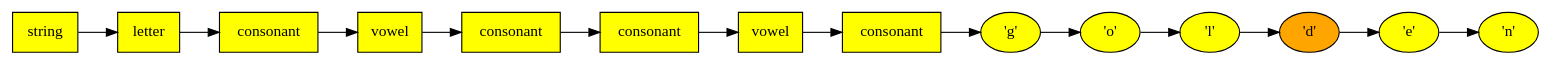
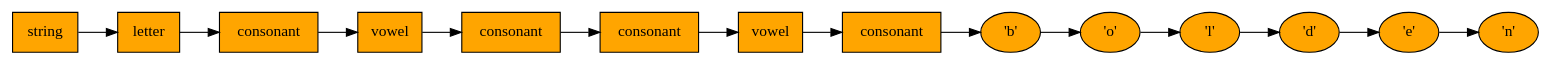
Before and after one commit to svarin92/evoGo: the diagram in best_ever.dot, drawn with Graphviz.

```diff
--- a/best_ever.dot
+++ b/best_ever.dot
@@ -1,30 +1,30 @@
 digraph Derivation {
                 rankdir=LR;
-                node [shape=box, style=filled, fillcolor=lightblue];  1 [label="string", shape=box, style=filled, fillcolor=lightblue, fillcolor=yellow];
-  2 [label="letter", shape=box, style=filled, fillcolor=lightblue, fillcolor=yellow];
-  3 [label="consonant", shape=box, style=filled, fillcolor=lightblue, fillcolor=yellow];
-  4 [label="vowel", shape=box, style=filled, fillcolor=lightblue, fillcolor=yellow];
-  5 [label="consonant", shape=box, style=filled, fillcolor=lightblue, fillcolor=yellow];
-  6 [label="consonant", shape=box, style=filled, fillcolor=lightblue, fillcolor=yellow];
-  7 [label="vowel", shape=box, style=filled, fillcolor=lightblue, fillcolor=yellow];
-  8 [label="consonant", shape=box, style=filled, fillcolor=lightblue, fillcolor=yellow];
-  9 [label="'g'", shape=ellipse, style=filled, fillcolor=lightgreen, fillcolor=yellow];
-  10 [label="'o'", shape=ellipse, style=filled, fillcolor=lightgreen, fillcolor=yellow];
-  11 [label="'l'", shape=ellipse, style=filled, fillcolor=lightgreen, fillcolor=yellow];
+                node [shape=box, style=filled, fillcolor=lightblue];  1 [label="string", shape=box, style=filled, fillcolor=lightblue, fillcolor=orange];
+  2 [label="letter", shape=box, style=filled, fillcolor=lightblue, fillcolor=orange];
+  3 [label="consonant", shape=box, style=filled, fillcolor=lightblue, fillcolor=orange];
+  4 [label="vowel", shape=box, style=filled, fillcolor=lightblue, fillcolor=orange];
+  5 [label="consonant", shape=box, style=filled, fillcolor=lightblue, fillcolor=orange];
+  6 [label="consonant", shape=box, style=filled, fillcolor=lightblue, fillcolor=orange];
+  7 [label="vowel", shape=box, style=filled, fillcolor=lightblue, fillcolor=orange];
+  8 [label="consonant", shape=box, style=filled, fillcolor=lightblue, fillcolor=orange];
+  9 [label="'b'", shape=ellipse, style=filled, fillcolor=lightgreen, fillcolor=orange];
+  10 [label="'o'", shape=ellipse, style=filled, fillcolor=lightgreen, fillcolor=orange];
+  11 [label="'l'", shape=ellipse, style=filled, fillcolor=lightgreen, fillcolor=orange];
   12 [label="'d'", shape=ellipse, style=filled, fillcolor=lightgreen, fillcolor=orange];
-  13 [label="'e'", shape=ellipse, style=filled, fillcolor=lightgreen, fillcolor=yellow];
-  14 [label="'n'", shape=ellipse, style=filled, fillcolor=lightgreen, fillcolor=yellow];
+  13 [label="'e'", shape=ellipse, style=filled, fillcolor=lightgreen, fillcolor=orange];
+  14 [label="'n'", shape=ellipse, style=filled, fillcolor=lightgreen, fillcolor=orange];
   1 -> 2;
   2 -> 3;
   3 -> 4;
   4 -> 5;
   5 -> 6;
   6 -> 7;
   7 -> 8;
   8 -> 9;
   9 -> 10;
   10 -> 11;
   11 -> 12;
   12 -> 13;
   13 -> 14;
 }
```
